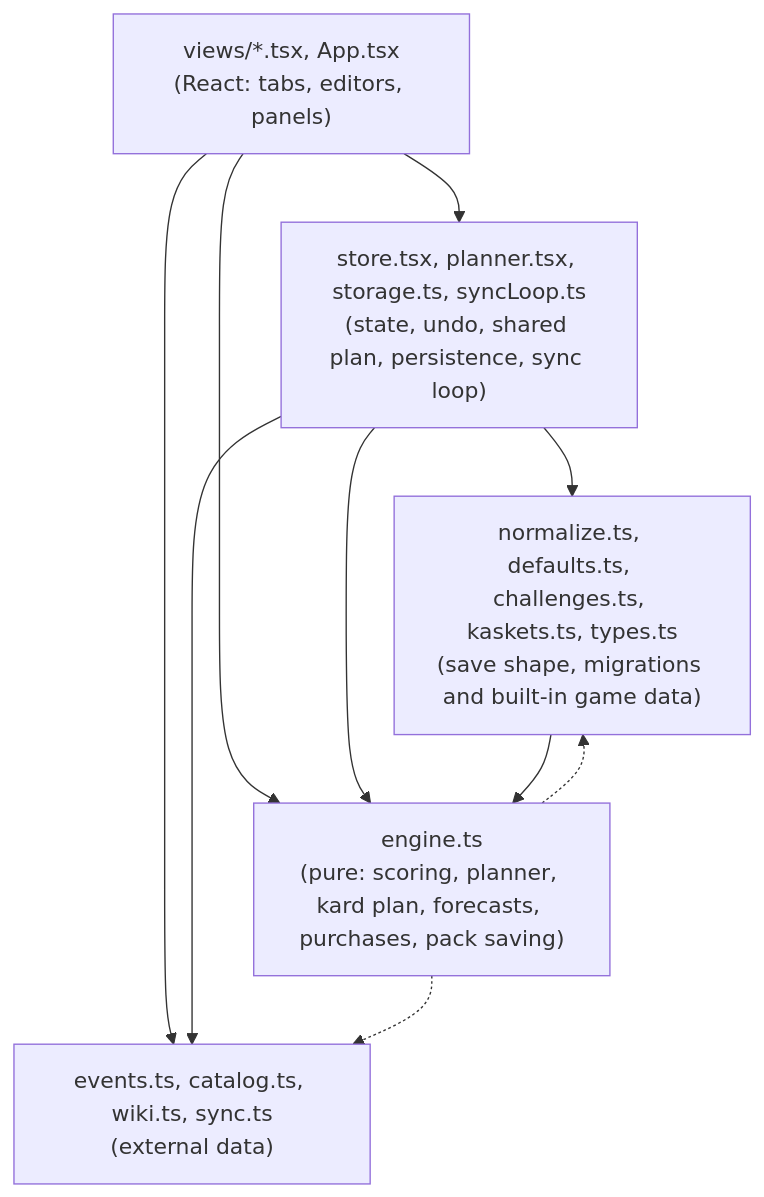
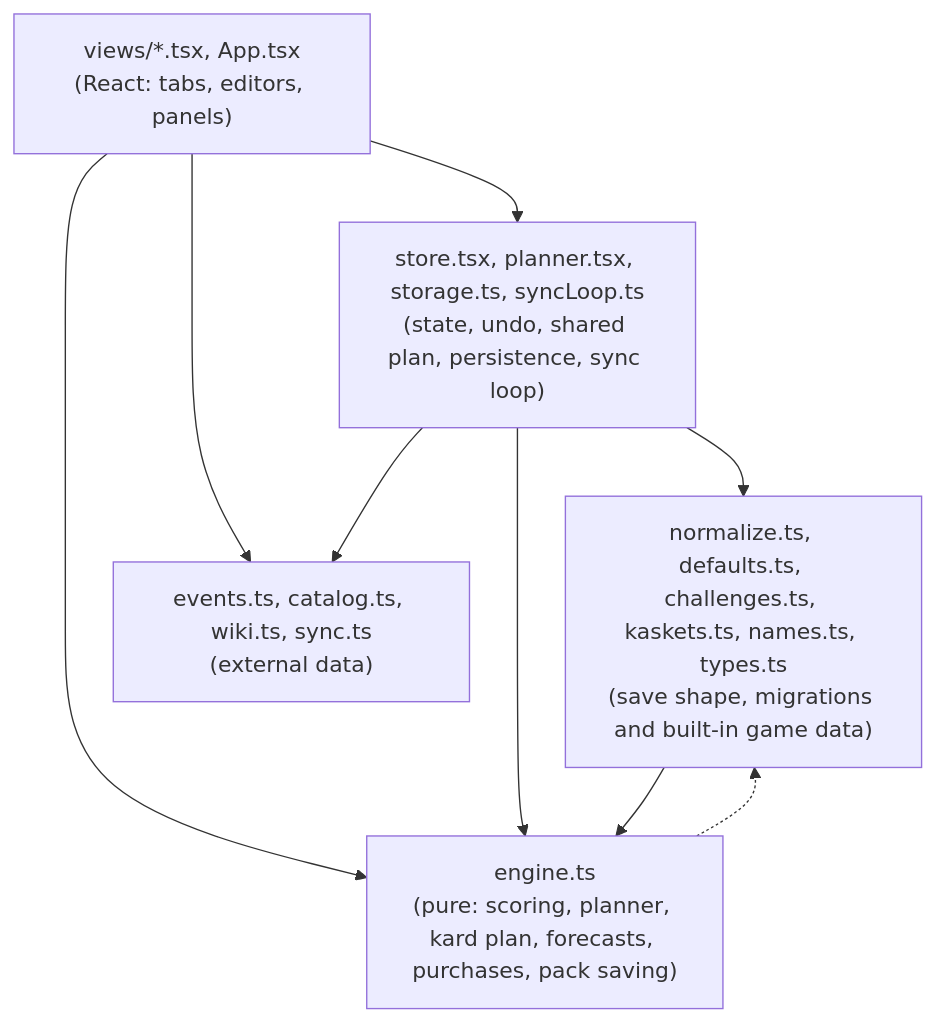
Before and after one commit to Simba3696/mkmax: the second of 3 diagrams in docs/architecture.md, drawn with Mermaid. The commit also changed other lines of this file and 21 other files, not shown here.

````diff
--- a/docs/architecture.md
+++ b/docs/architecture.md
@@ -31,17 +31,16 @@
 ```mermaid
 flowchart TB
   Views["views/*.tsx, App.tsx<br/>(React: tabs, editors, panels)"]
   Store["store.tsx, planner.tsx, storage.ts, syncLoop.ts<br/>(state, undo, shared plan, persistence, sync loop)"]
   Engine["engine.ts<br/>(pure: scoring, planner, kard plan, forecasts, purchases, pack saving)"]
-  Data["normalize.ts, defaults.ts, challenges.ts, kaskets.ts, types.ts<br/>(save shape, migrations and built-in game data)"]
+  Data["normalize.ts, defaults.ts, challenges.ts, kaskets.ts, names.ts, types.ts<br/>(save shape, migrations and built-in game data)"]
   Ext["events.ts, catalog.ts, wiki.ts, sync.ts<br/>(external data)"]
   Views --> Store
   Views --> Engine
   Views --> Ext
   Store --> Data
   Store --> Engine
   Store --> Ext
   Data --> Engine
   Engine -.-> Data
-  Engine -.-> Ext
 ```
````
